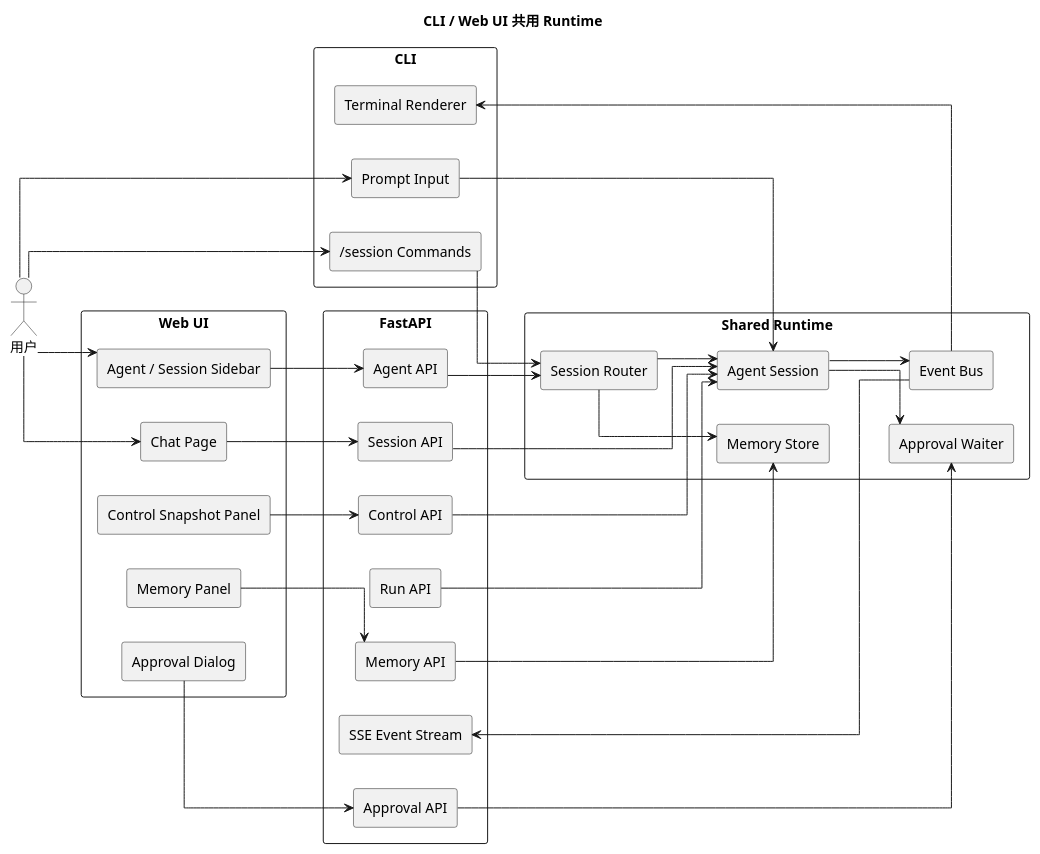
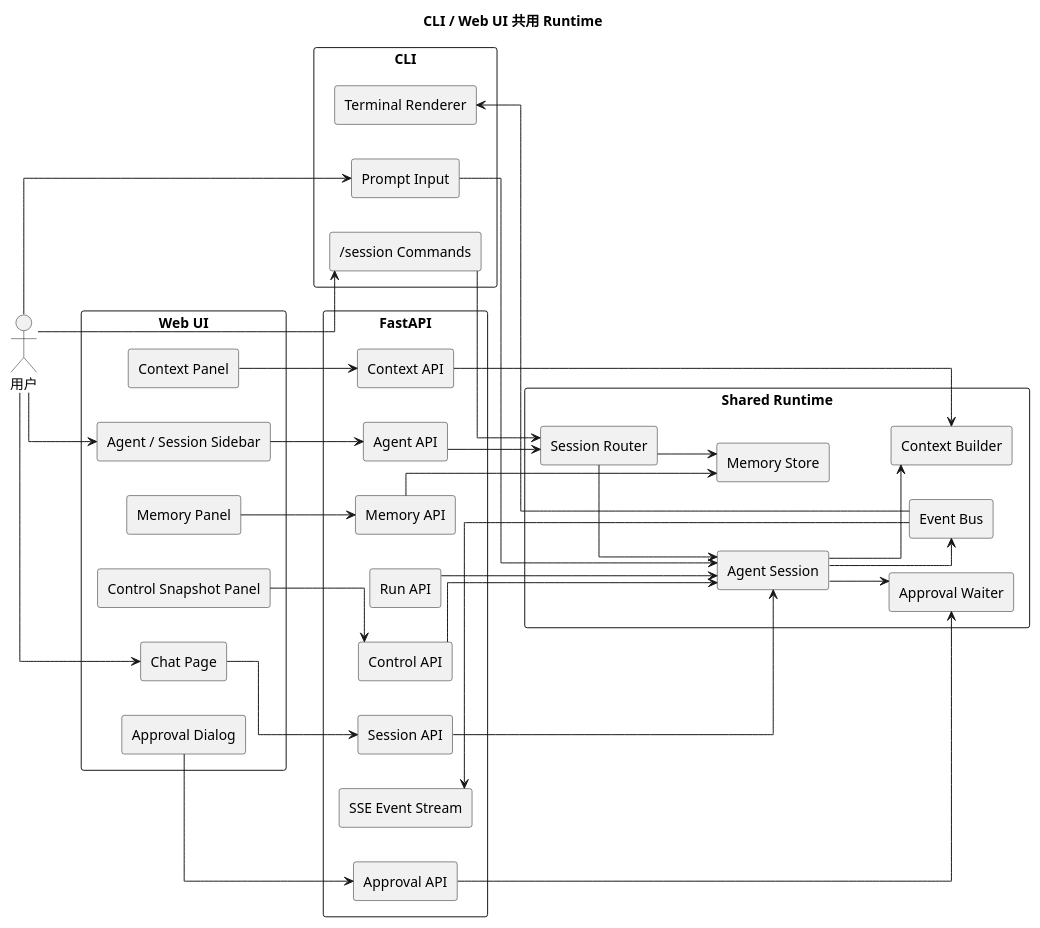
Diagram 17 of 17 in docs/technical_architecture.md (Amaz1ngJR/AgentLab), drawn with PlantUML before and after one commit. The commit also changed other lines of this file and 25 other files, not shown here.

````diff
--- a/docs/technical_architecture.md
+++ b/docs/technical_architecture.md
@@ -1723,67 +1954,73 @@
 ```plantuml
 @startuml
 title CLI / Web UI 共用 Runtime
 skinparam componentStyle rectangle
 skinparam linetype ortho
 skinparam shadowing false
 left to right direction
 
 actor "用户" as User
 
 rectangle "CLI" as Cli {
   [Prompt Input] as Prompt
   [/session Commands] as SessionCmd
   [Terminal Renderer] as Term
 }
 
 rectangle "Web UI" as Web {
   [Agent / Session Sidebar] as Sidebar
   [Chat Page] as ChatPage
   [Memory Panel] as MemoryPanel
+  [Context Panel] as ContextPanel
   [Approval Dialog] as ApprovalDialog
   [Control Snapshot Panel] as SnapshotPanel
 }
 
 rectangle "FastAPI" as Api {
   [Agent API] as AgentApi
   [Session API] as SessionApi
   [Run API] as RunApi
   [Memory API] as MemoryApi
+  [Context API] as ContextApi
   [SSE Event Stream] as Sse
   [Approval API] as ApprovalApi
   [Control API] as ControlApi
 }
 
 rectangle "Shared Runtime" as Runtime {
   [Agent Session] as AgentSession
   [Session Router] as SessionRouter
+  [Context Builder] as ContextBuilder
   [Memory Store] as MemoryStore
   [Event Bus] as EventBus
   [Approval Waiter] as ApprovalWaiter
 }
 
 User --> Prompt
 User --> SessionCmd
 User --> Sidebar
 User --> ChatPage
 Prompt --> AgentSession
 SessionCmd --> SessionRouter
 Term <-- EventBus
 Sidebar --> AgentApi
 ChatPage --> SessionApi
 MemoryPanel --> MemoryApi
+ContextPanel --> ContextApi
 RunApi --> AgentSession
 Sse <-- EventBus
 ApprovalDialog --> ApprovalApi
 SnapshotPanel --> ControlApi
 SessionApi --> AgentSession
 AgentApi --> SessionRouter
 MemoryApi --> MemoryStore
+ContextApi --> ContextBuilder
 ApprovalApi --> ApprovalWaiter
 ControlApi --> AgentSession
 SessionRouter --> AgentSession
 SessionRouter --> MemoryStore
 AgentSession --> EventBus
+AgentSession --> ContextBuilder
 AgentSession --> ApprovalWaiter
 @enduml
 ```
````
